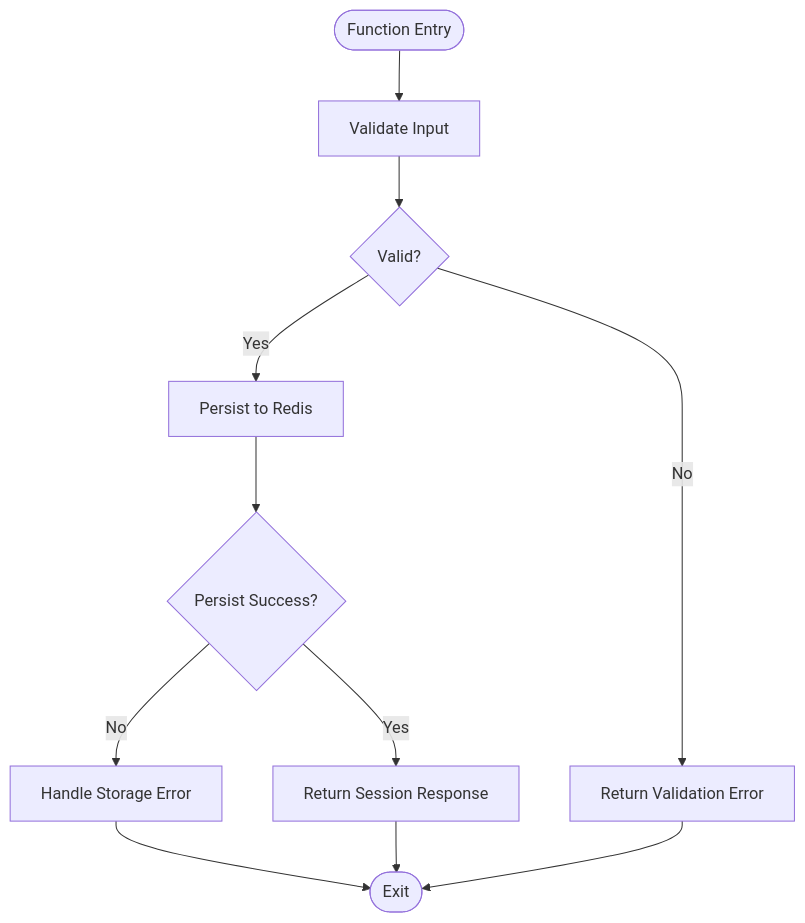
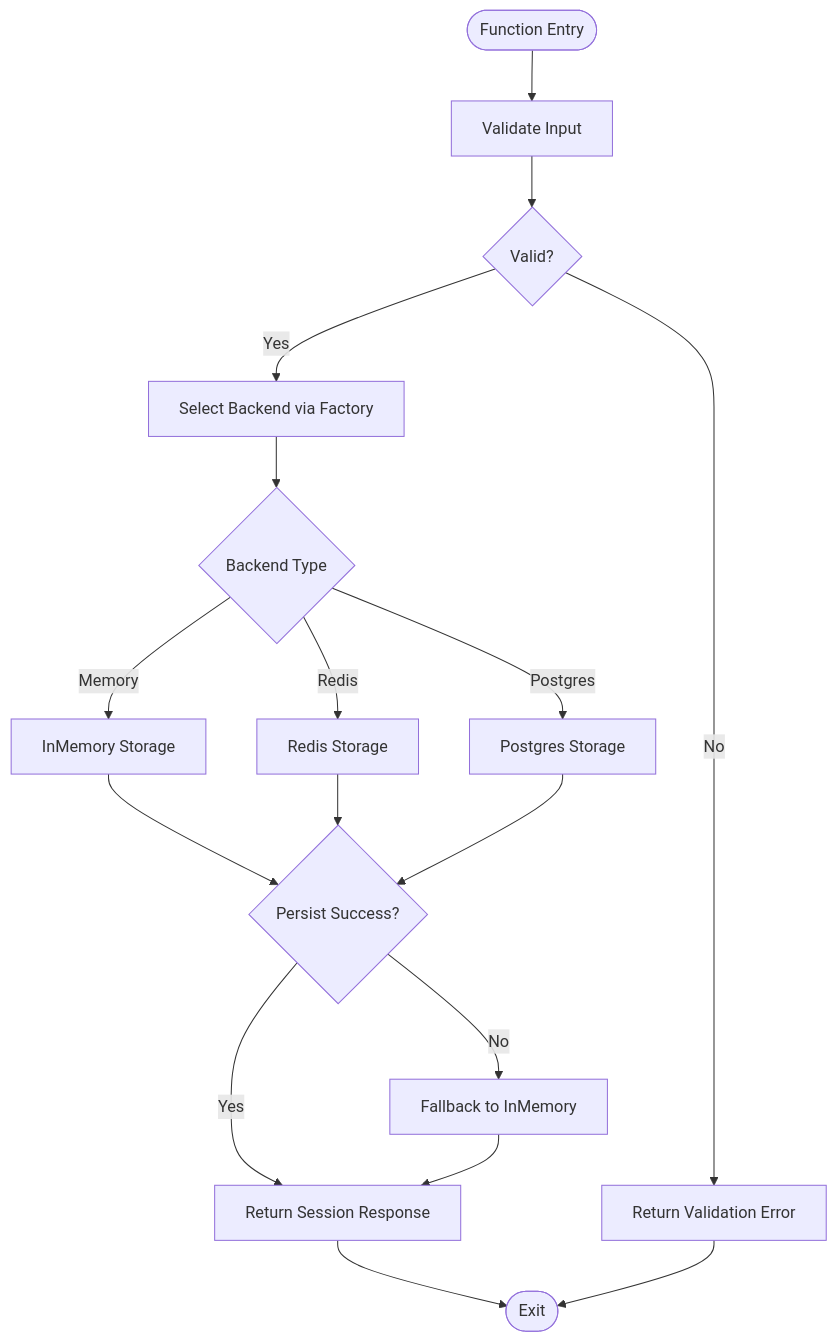
One commit to metasync/luban-aiops changed the third of 5 diagrams in .qoder/repowiki/en/content/Agent Platform Service/Session Management and State Persistence.md. Above: the diagram before and after it, drawn with Mermaid. The commit also changed other lines of this file and 6 other files, not shown here.

````diff
--- a/.qoder/repowiki/en/content/Agent Platform Service/Session Management and State Persistence.md
+++ b/.qoder/repowiki/en/content/Agent Platform Service/Session Management and State Persistence.md
@@ -207,13 +194,19 @@
 ```mermaid
 flowchart TD
 Start(["Function Entry"]) --> Validate["Validate Input"]
 Validate --> Valid{"Valid?"}
 Valid --> |No| ReturnError["Return Validation Error"]
-Valid --> |Yes| Persist["Persist to Redis"]
-Persist --> Success{"Persist Success?"}
-Success --> |No| HandleError["Handle Storage Error"]
+Valid --> |Yes| SelectBackend["Select Backend via Factory"]
+SelectBackend --> BackendType{"Backend Type"}
+BackendType --> |Memory| MemoryPersist["InMemory Storage"]
+BackendType --> |Redis| RedisPersist["Redis Storage"]
+BackendType --> |Postgres| PostgresPersist["Postgres Storage"]
+MemoryPersist --> Success{"Persist Success?"}
+RedisPersist --> Success
+PostgresPersist --> Success
+Success --> |No| Fallback["Fallback to InMemory"]
 Success --> |Yes| ReturnResult["Return Session Response"]
-HandleError --> End(["Exit"])
-ReturnResult --> End
+Fallback --> ReturnResult
+ReturnResult --> End(["Exit"])
 ReturnError --> End
 ```
````
